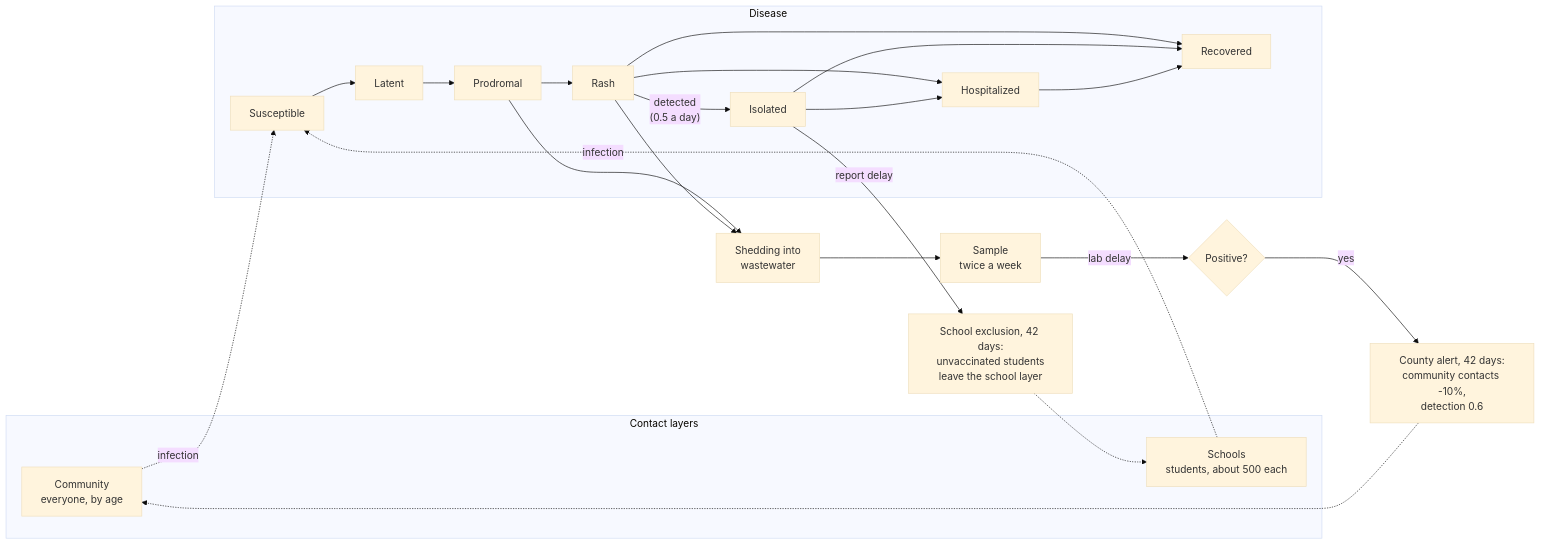
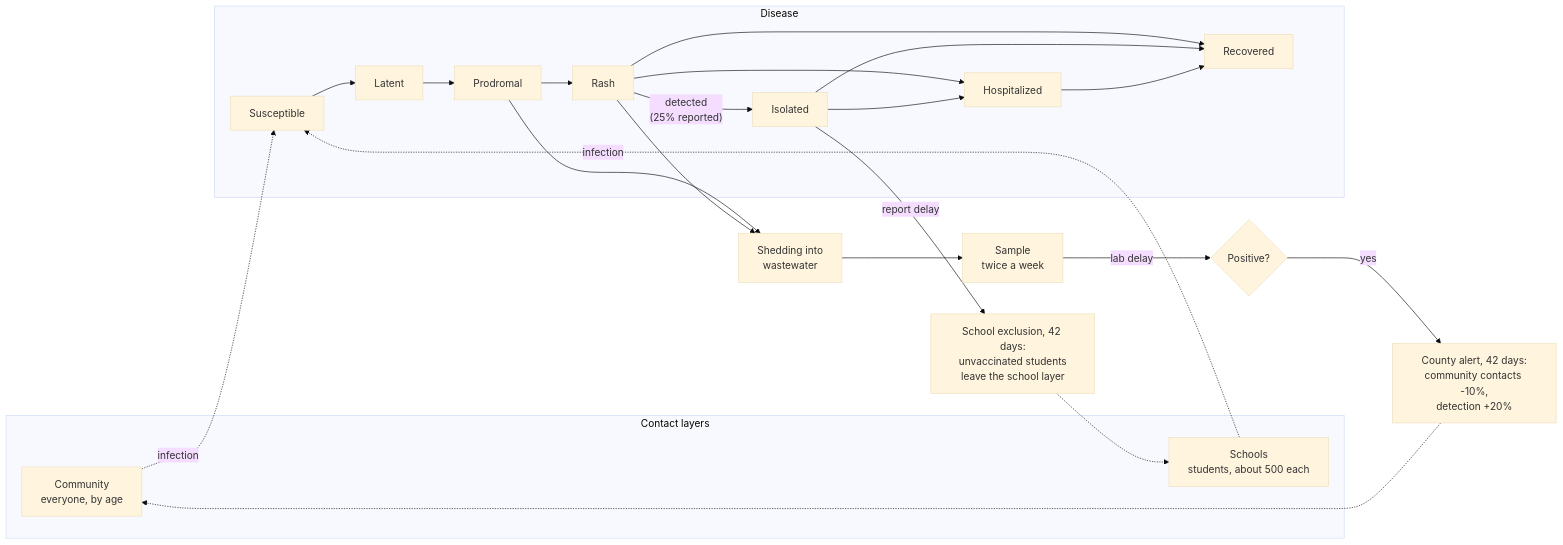
Before and after one commit to EpiForeSITE/wastewater-econ-abm: the diagram in README.md, drawn with Mermaid (base theme). The commit also changed other lines of this file and 25 other files, not shown here.

````diff
--- a/README.md
+++ b/README.md
@@ -35,29 +38,29 @@
 ```mermaid
 flowchart LR
   subgraph contacts [Contact layers]
     C[Community<br/>everyone, by age]
     Sch[Schools<br/>students, about 500 each]
   end
 
   subgraph disease [Disease]
     S[Susceptible] --> L[Latent] --> P[Prodromal] --> R[Rash]
-    R -->|"detected<br/>(0.5 a day)"| I[Isolated]
+    R -->|"detected<br/>(25% reported)"| I[Isolated]
     R --> H[Hospitalized]
     I --> H
     R --> Rec[Recovered]
     I --> Rec
     H --> Rec
   end
 
   C -. infection .-> S
   Sch -. infection .-> S
 
   P --> Shed[Shedding into<br/>wastewater]
   R --> Shed
   Shed --> Sample[Sample<br/>twice a week] -->|lab delay| Pos{Positive?}
-  Pos -->|yes| Alert["County alert, 42 days:<br/>community contacts -10%,<br/>detection 0.6"]
+  Pos -->|yes| Alert["County alert, 42 days:<br/>community contacts -10%,<br/>detection +20%"]
   Alert -.-> C
 
   I -->|report delay| Excl["School exclusion, 42 days:<br/>unvaccinated students<br/>leave the school layer"]
   Excl -.-> Sch
 ```
````
